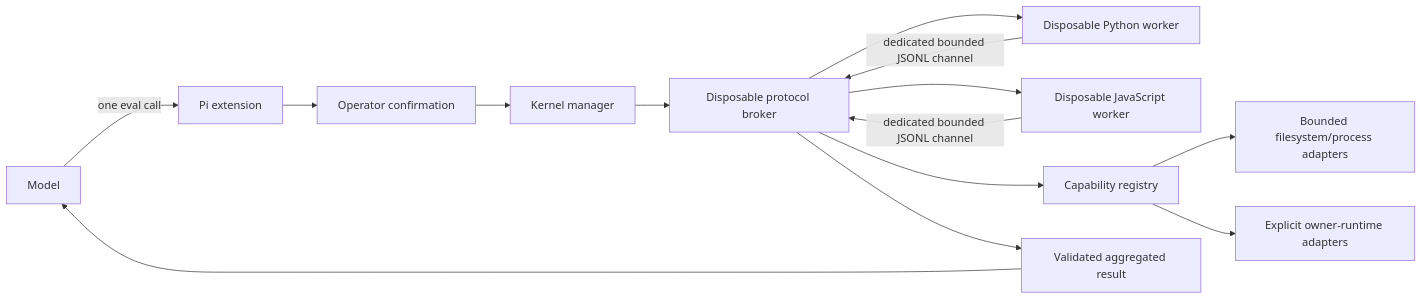
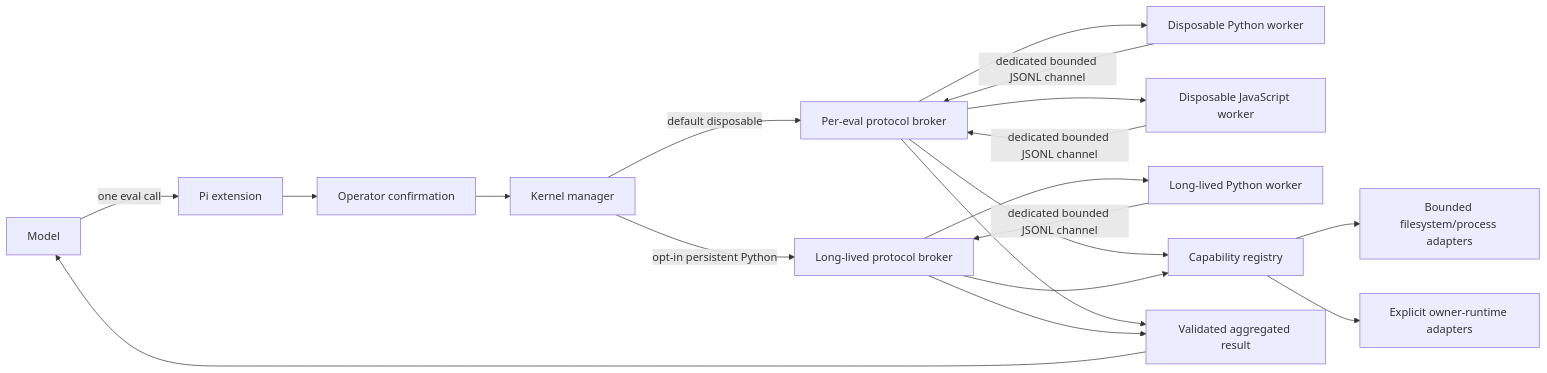
The diagram in packages/pi-eval-kernel/docs/project/architecture.md (tryingET/pi-extensions), drawn with Mermaid before and after one commit. The commit also changed other lines of this file and 5 other files, not shown here.

Commit message:
fix(pi-eval-kernel): serialize persistent worker retirement

````diff
--- a/packages/pi-eval-kernel/docs/project/architecture.md
+++ b/packages/pi-eval-kernel/docs/project/architecture.md
@@ -17,16 +17,21 @@
 ```mermaid
 flowchart LR
   Model[Model] -->|one eval call| Extension[Pi extension]
   Extension --> Confirm[Operator confirmation]
   Confirm --> Manager[Kernel manager]
-  Manager --> Broker[Disposable protocol broker]
-  Broker --> Python[Disposable Python worker]
-  Broker --> JavaScript[Disposable JavaScript worker]
-  Python -->|dedicated bounded JSONL channel| Broker
-  JavaScript -->|dedicated bounded JSONL channel| Broker
-  Broker --> Registry[Capability registry]
+  Manager -->|default disposable| DisposableBroker[Per-eval protocol broker]
+  DisposableBroker --> DisposablePython[Disposable Python worker]
+  DisposableBroker --> JavaScript[Disposable JavaScript worker]
+  Manager -->|opt-in persistent Python| PersistentBroker[Long-lived protocol broker]
+  PersistentBroker --> PersistentPython[Long-lived Python worker]
+  DisposablePython -->|dedicated bounded JSONL channel| DisposableBroker
+  JavaScript -->|dedicated bounded JSONL channel| DisposableBroker
+  PersistentPython -->|dedicated bounded JSONL channel| PersistentBroker
+  DisposableBroker --> Registry[Capability registry]
+  PersistentBroker --> Registry
   Registry --> Builtins[Bounded filesystem/process adapters]
   Registry --> Owners[Explicit owner-runtime adapters]
-  Broker --> Result[Validated aggregated result]
+  DisposableBroker --> Result[Validated aggregated result]
+  PersistentBroker --> Result
   Result --> Model
 ```
````
